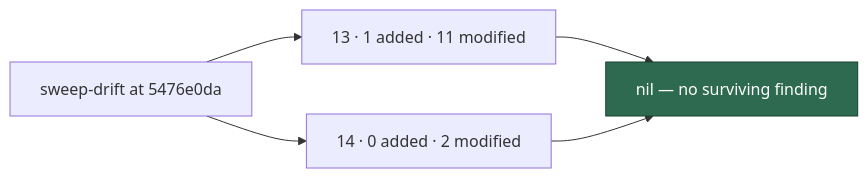
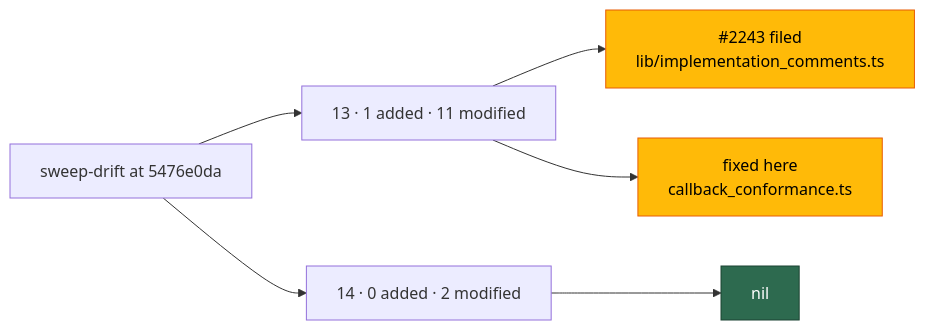
One commit to stSoftwareAU/VibeCoder changed the diagram in docs/audits/security-sweep-2184-commands-setup-delta.md. Above: the diagram before and after it, drawn with Mermaid. The commit also changed other lines of this file and 2 other files, not shown here.

````diff
--- a/docs/audits/security-sweep-2184-commands-setup-delta.md
+++ b/docs/audits/security-sweep-2184-commands-setup-delta.md
@@ -30,8 +31,11 @@
 ```mermaid
 flowchart LR
     D["sweep-drift at 5476e0da"] --> A["13 · 1 added · 11 modified"]
     D --> B["14 · 0 added · 2 modified"]
-    A --> N["nil — no surviving finding"]
-    B --> N
+    A --> F["#2243 filed<br/>lib/implementation_comments.ts"]
+    A --> X["fixed here<br/>callback_conformance.ts"]
+    B --> N["nil"]
     style N fill:#2d6a4f,stroke:#1b4332,color:#fff
+    style F fill:#ffba08,stroke:#e85d04,color:#000
+    style X fill:#ffba08,stroke:#e85d04,color:#000
 ```
````
